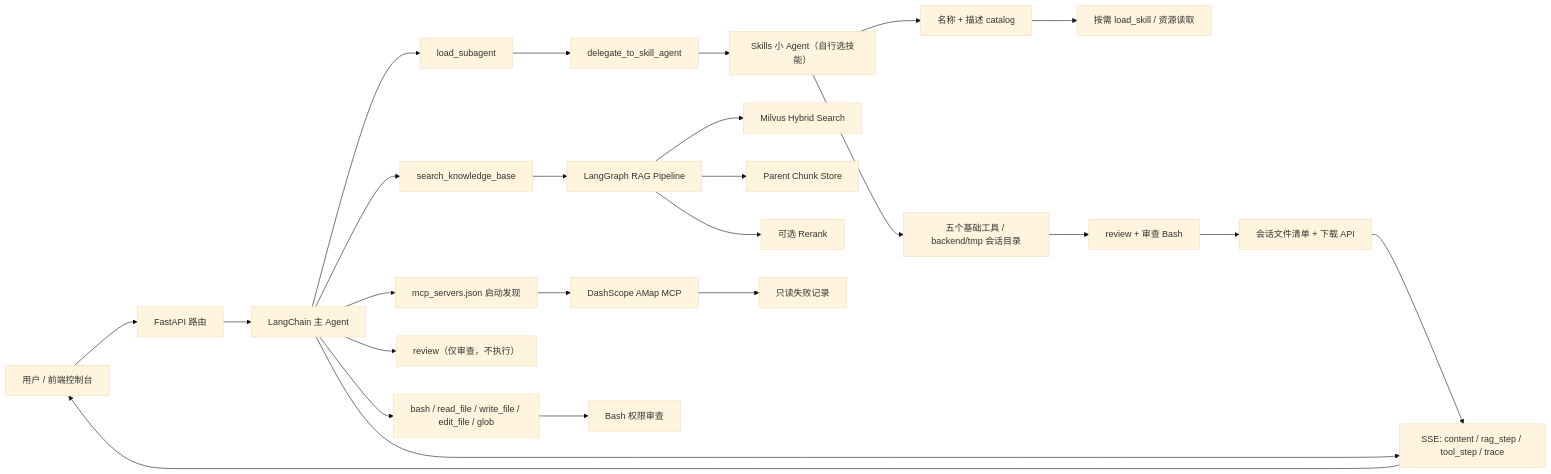
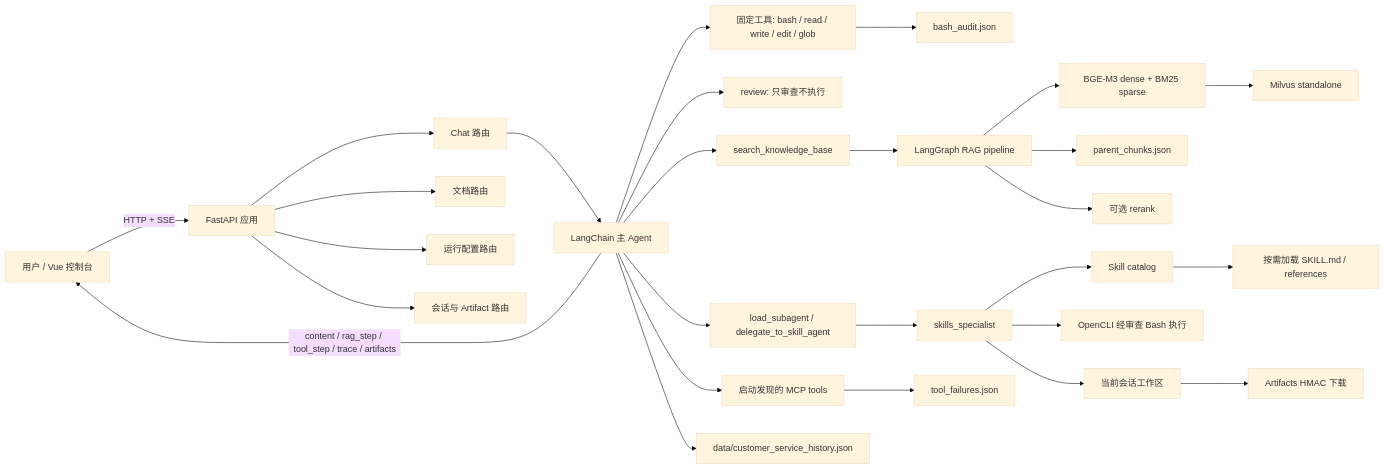
One commit to ichliebewxy/Agent_Console changed the first of 2 diagrams in README.md. Above: the diagram before and after it, drawn with Mermaid (base theme). The commit also changed other lines of this file, not shown here.

````diff
--- a/README.md
+++ b/README.md
@@ -48,27 +47,33 @@
 ```mermaid
 flowchart LR
-  U["用户 / 前端控制台"] --> API["FastAPI 路由"]
-  API --> Supervisor["LangChain 主 Agent"]
-  Supervisor --> Loader["load_subagent"]
-  Loader --> Gateway["delegate_to_skill_agent"]
-  Supervisor --> KB["search_knowledge_base"]
-  Supervisor --> Core["bash / read_file / write_file / edit_file / glob"]
-  Supervisor --> Review["review（仅审查，不执行）"]
-  Supervisor --> MCP["mcp_servers.json 启动发现"]
-  MCP --> AMap["DashScope AMap MCP"]
-  Gateway --> Skills["Skills 小 Agent（自行选技能）"]
-  Skills --> Catalog["名称 + 描述 catalog"]
-  Catalog --> SkillBody["按需 load_skill / 资源读取"]
-  Skills --> Workspace["五个基础工具 / backend/tmp 会话目录"]
-  Workspace --> LocalRun["review + 审查 Bash"]
-  LocalRun --> Artifacts["会话文件清单 + 下载 API"]
-  Artifacts --> SSE
-  KB --> RAG["LangGraph RAG Pipeline"]
-  RAG --> Milvus["Milvus Hybrid Search"]
-  RAG --> Parent["Parent Chunk Store"]
-  RAG --> Rerank["可选 Rerank"]
-  Supervisor --> SSE["SSE: content / rag_step / tool_step / trace"]
-  SSE --> U
-  AMap --> Ops["只读失败记录"]
-  Core --> Audit["Bash 权限审查"]
+  User[用户 / Vue 控制台] -->|HTTP + SSE| FastAPI[FastAPI 应用]
+  FastAPI --> Chat[Chat 路由]
+  FastAPI --> KBAPI[文档路由]
+  FastAPI --> ConfigAPI[运行配置路由]
+  FastAPI --> SessionAPI[会话与 Artifact 路由]
+
+  Chat --> MainAgent[LangChain 主 Agent]
+  MainAgent --> Core[固定工具: bash / read / write / edit / glob]
+  MainAgent --> Review[review: 只审查不执行]
+  MainAgent --> RAGTool[search_knowledge_base]
+  MainAgent --> SkillGateway[load_subagent / delegate_to_skill_agent]
+  MainAgent --> MCPTools[启动发现的 MCP tools]
+
+  SkillGateway --> SkillAgent[skills_specialist]
+  SkillAgent --> Catalog[Skill catalog]
+  Catalog --> SkillBody[按需加载 SKILL.md / references]
+  SkillAgent --> OpenCLI[OpenCLI 经审查 Bash 执行]
+  SkillAgent --> SessionFS[当前会话工作区]
+
+  RAGTool --> RAG[LangGraph RAG pipeline]
+  RAG --> Embed[BGE-M3 dense + BM25 sparse]
+  Embed --> Milvus[Milvus standalone]
+  RAG --> ParentStore[parent_chunks.json]
+  RAG --> Rerank[可选 rerank]
+
+  Core --> Audit[bash_audit.json]
+  MCPTools --> FailureLog[tool_failures.json]
+  MainAgent --> History[data/customer_service_history.json]
+  SessionFS --> Artifacts[Artifacts HMAC 下载]
+  MainAgent -->|content / rag_step / tool_step / trace / artifacts| User
 ```
````
